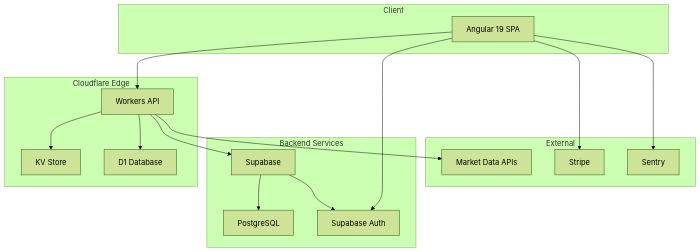
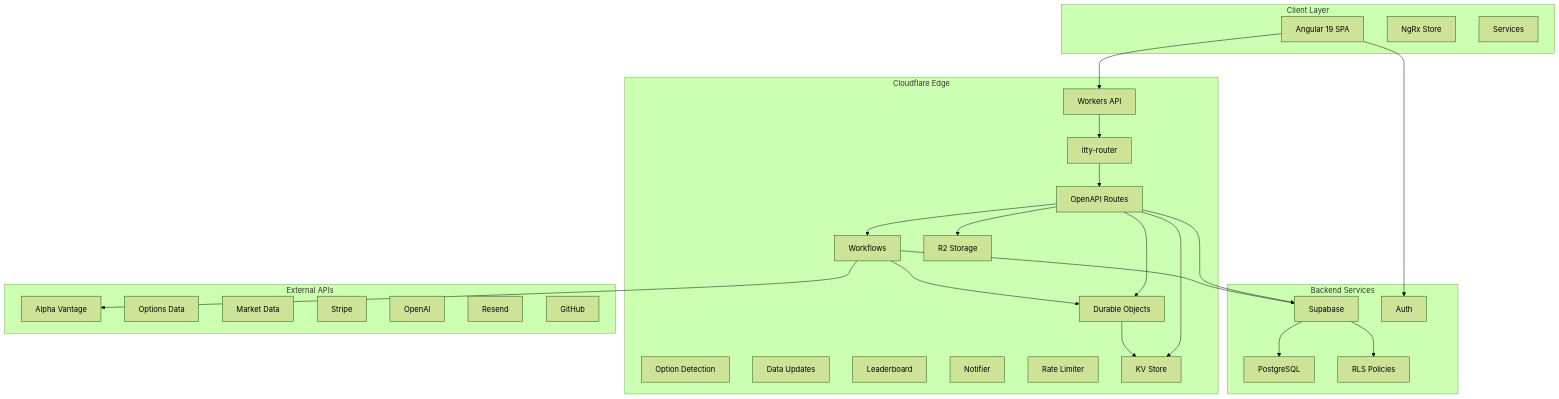
Before and after one commit to delongZhai/inmoney-knowledge: the first of 4 diagrams in architecture/overview.md, drawn with Mermaid (forest theme). The commit also changed other lines of this file and 5 other files, not shown here.

First line of the commit message:
docs: Add comprehensive inmoney-api backend documentation

````diff
--- a/architecture/overview.md
+++ b/architecture/overview.md
@@ -7,35 +7,55 @@
 ```mermaid
 graph TB
-    subgraph Client
+    subgraph Client["Client Layer"]
         A[Angular 19 SPA]
+        A1[NgRx Store]
+        A2[Services]
     end
 
     subgraph Edge["Cloudflare Edge"]
         B[Workers API]
-        C[KV Store]
-        D[D1 Database]
+        B1[itty-router]
+        B2[OpenAPI Routes]
+        C[Workflows]
+        C1[Option Detection]
+        C2[Data Updates]
+        D[Durable Objects]
+        D1[Leaderboard]
+        D2[Notifier]
+        D3[Rate Limiter]
+        E[KV Store]
+        F[R2 Storage]
     end
 
-    subgraph Backend Services
-        E[Supabase]
-        F[PostgreSQL]
-        G[Supabase Auth]
+    subgraph Backend["Backend Services"]
+        G[Supabase]
+        G1[PostgreSQL]
+        G2[Auth]
+        G3[RLS Policies]
     end
 
-    subgraph External
-        H[Market Data APIs]
+    subgraph External["External APIs"]
+        H[Alpha Vantage]
+        H1[Options Data]
+        H2[Market Data]
         I[Stripe]
-        J[Sentry]
+        J[OpenAI]
+        K[Resend]
+        L[GitHub]
     end
 
     A --> B
-    B --> C
-    B --> D
-    B --> E
-    E --> F
-    E --> G
-    A --> G
-    B --> H
-    A --> I
-    A --> J
+    A --> G2
+    B --> B1 --> B2
+    B2 --> C
+    B2 --> D
+    B2 --> E
+    B2 --> F
+    B2 --> G
+    C --> G
+    C --> H
+    C --> D
+    D --> E
+    G --> G1
+    G --> G3
 ```
````
